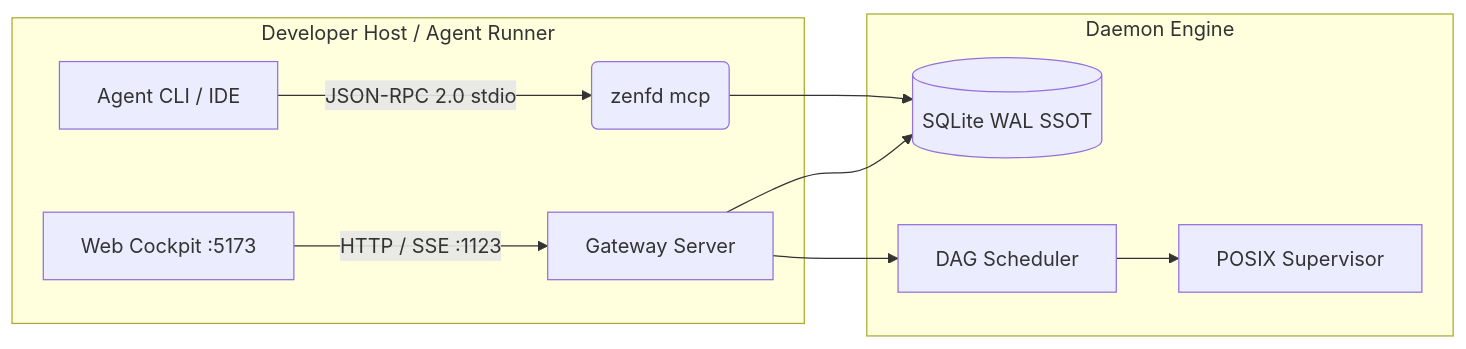
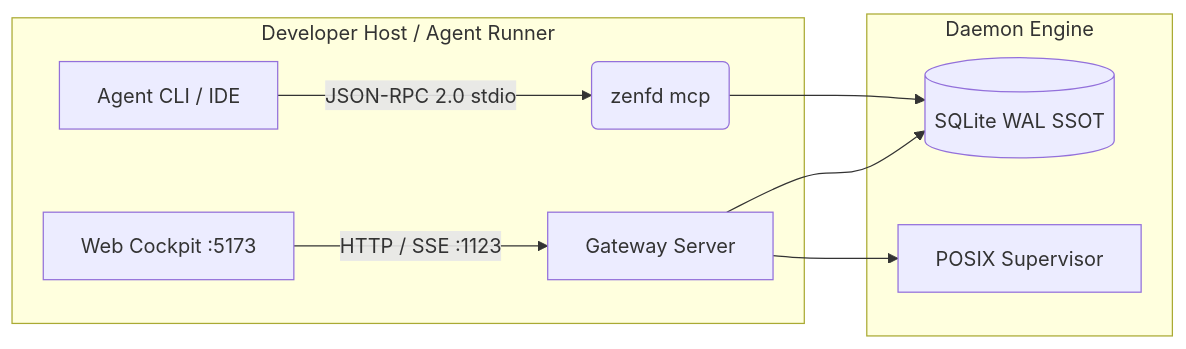
One commit to venhdev/skills changed the diagram in docs/architecture-topology.md. Above: the diagram before and after it, drawn with Mermaid. The commit also changed other lines of this file and 52 other files, not shown here.

First line of the commit message:
refactor(zenfd): reduce MCP surface, remove repo binding and dead flow

````diff
--- a/docs/architecture-topology.md
+++ b/docs/architecture-topology.md
@@ -13,13 +13,12 @@
 ```mermaid
 graph LR
   subgraph Host [Developer Host / Agent Runner]
     A[Agent CLI / IDE] -->|JSON-RPC 2.0 stdio| B(zenfd mcp)
     C[Web Cockpit :5173] -->|HTTP / SSE :1123| D[Gateway Server]
   end
   subgraph ControlPlane [Daemon Engine]
     B --> E[(SQLite WAL SSOT)]
     D --> E
-    D --> F[DAG Scheduler]
-    F --> G[POSIX Supervisor]
+    D --> G[POSIX Supervisor]
   end
 ```
````
